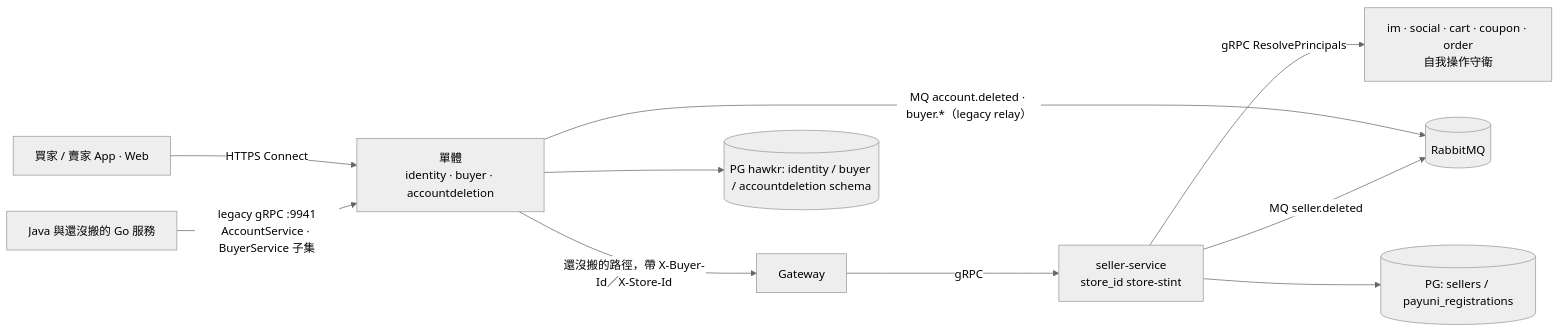
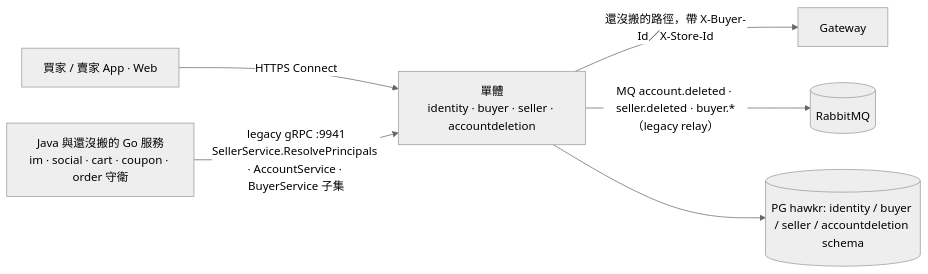
The first of 2 diagrams in backend/docs/詳細設計書/44-帳號與賣家買家身份模型（Account & Seller-Buyer Identity）詳細設計書.md (Will413028/hawkr), drawn with Mermaid (neutral theme) before and after one commit. The commit also changed other lines of this file and 5 other files, not shown here.

First line of the commit message:
docs(backend): 設計書 44 刪掉只對已停運的 seller-service 成立的內容

````diff
--- a/backend/docs/詳細設計書/44-帳號與賣家買家身份模型（Account & Seller-Buyer Identity）詳細設計書.md
+++ b/backend/docs/詳細設計書/44-帳號與賣家買家身份模型（Account & Seller-Buyer Identity）詳細設計書.md
@@ -54,12 +54,8 @@
 ```mermaid
 flowchart LR
-  Client["買家 / 賣家 App · Web"] -->|HTTPS Connect| MONO["單體<br/>identity · buyer · accountdeletion"]
+  Client["買家 / 賣家 App · Web"] -->|HTTPS Connect| MONO["單體<br/>identity · buyer · seller · accountdeletion"]
   MONO -->|還沒搬的路徑，帶 X-Buyer-Id／X-Store-Id| GW[Gateway]
-  GW -->|gRPC| SELLER["seller-service<br/>store_id store-stint"]
-  LEGACY["Java 與還沒搬的 Go 服務"] -->|legacy gRPC :9941<br/>AccountService · BuyerService 子集| MONO
-  SELLER -->|gRPC ResolvePrincipals| GUARD["im · social · cart · coupon · order<br/>自我操作守衛"]
-  MONO -->|MQ account.deleted · buyer.*（legacy relay）| MQ[(RabbitMQ)]
-  SELLER -->|MQ seller.deleted| MQ
-  MONO --> DBM[(PG hawkr: identity / buyer / accountdeletion schema)]
-  SELLER --> DBS[(PG: sellers / payuni_registrations)]
+  LEGACY["Java 與還沒搬的 Go 服務<br/>im · social · cart · coupon · order 守衛"] -->|legacy gRPC :9941<br/>SellerService.ResolvePrincipals · AccountService · BuyerService 子集| MONO
+  MONO -->|MQ account.deleted · seller.deleted · buyer.*（legacy relay）| MQ[(RabbitMQ)]
+  MONO --> DBM[(PG hawkr: identity / buyer / seller / accountdeletion schema)]
 ```
````
